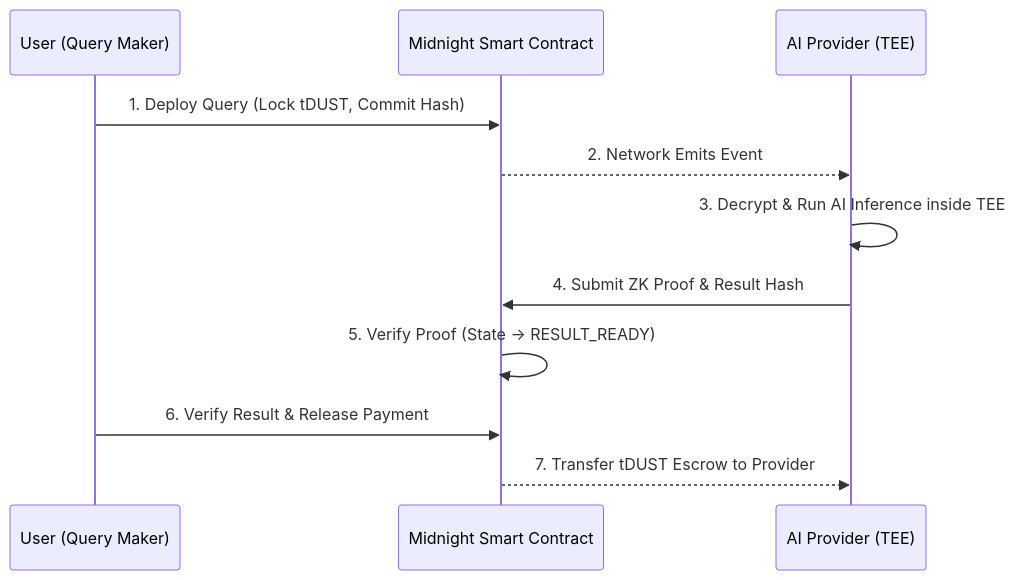
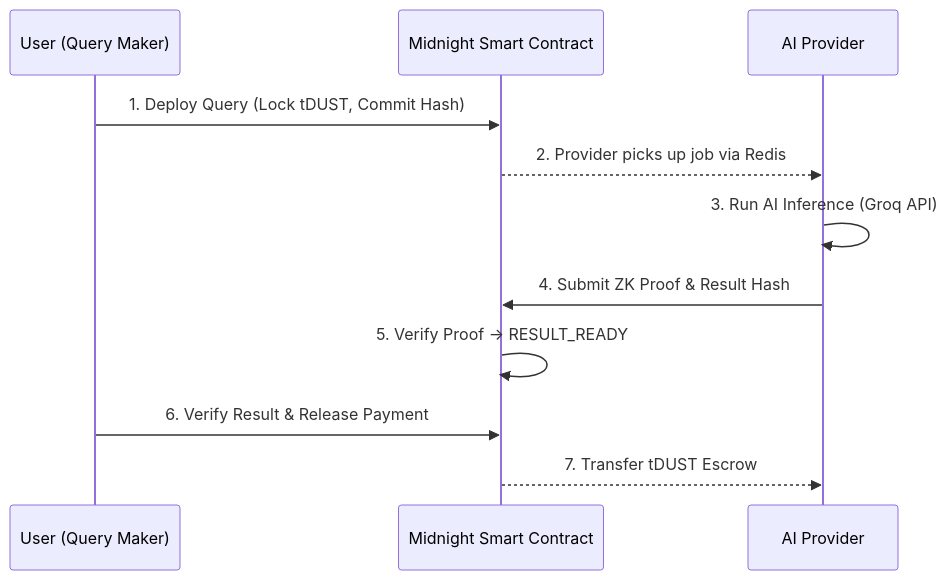
Before and after one commit to debansh001/PrivateInfer: the second of 2 diagrams in README.md, drawn with Mermaid. The commit also changed other lines of this file, not shown here.

Commit message:
feat: update README to reflect Midnight PREPROD network deployment and enhance product description

````diff
--- a/README.md
+++ b/README.md
@@ -146,14 +160,14 @@
 ```mermaid
 sequenceDiagram
     participant U as User (Query Maker)
     participant SC as Midnight Smart Contract
-    participant P as AI Provider (TEE)
+    participant P as AI Provider
 
     U->>SC: 1. Deploy Query (Lock tDUST, Commit Hash)
-    SC-->>P: 2. Network Emits Event
-    P->>P: 3. Decrypt & Run AI Inference inside TEE
+    SC-->>P: 2. Provider picks up job via Redis
+    P->>P: 3. Run AI Inference (Groq API)
     P->>SC: 4. Submit ZK Proof & Result Hash
-    SC->>SC: 5. Verify Proof (State -> RESULT_READY)
+    SC->>SC: 5. Verify Proof → RESULT_READY
     U->>SC: 6. Verify Result & Release Payment
-    SC-->>P: 7. Transfer tDUST Escrow to Provider
+    SC-->>P: 7. Transfer tDUST Escrow
 ```
````
